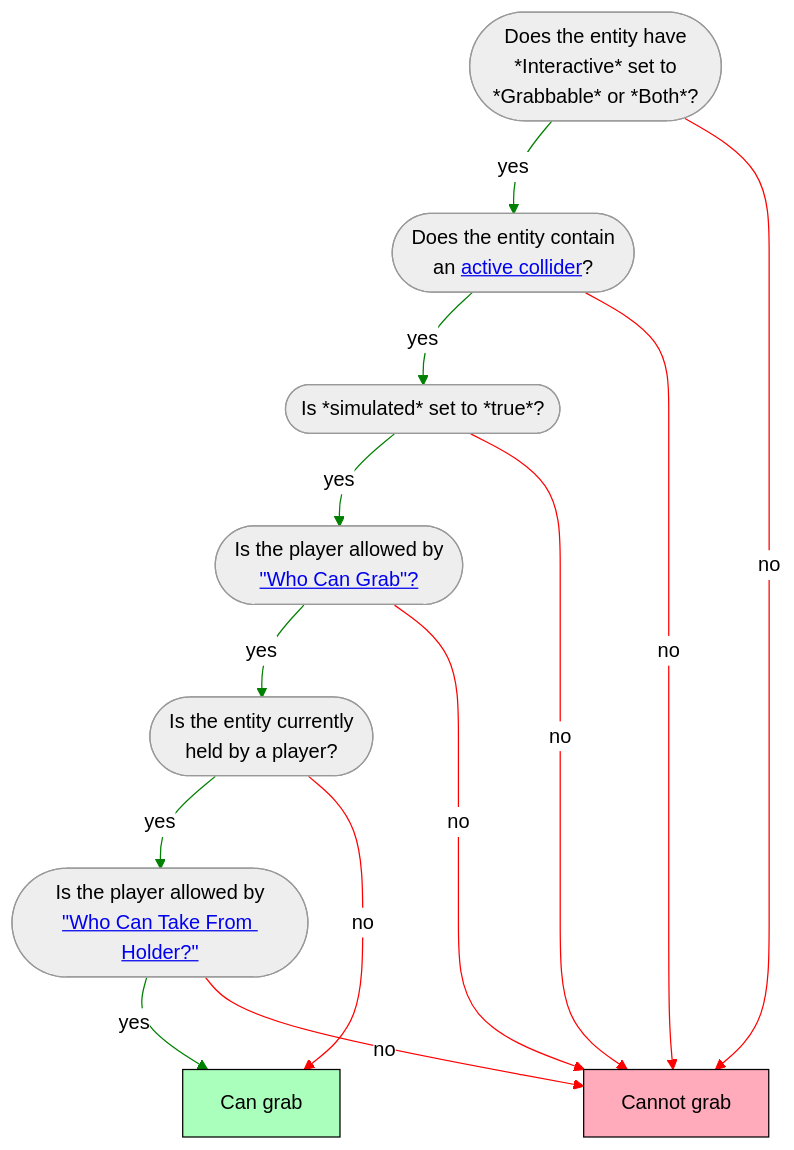
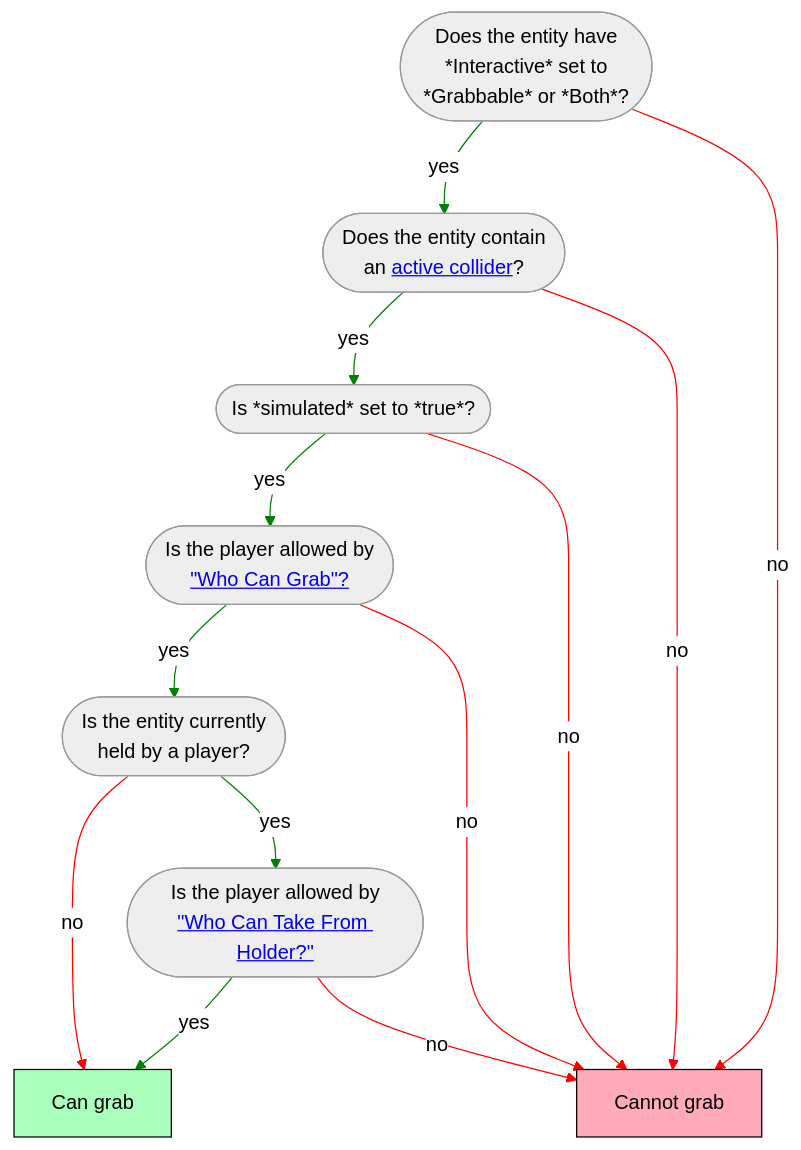
One commit to MHCPCreators/horizonCreatorManual changed the sixth of 8 diagrams in HorizonTechnicalDoc.md. Above: the diagram before and after it, drawn with Mermaid (neutral theme). The commit also changed 1 other file, not shown here.

Commit message:
Fix graph edge

````diff
--- a/HorizonTechnicalDoc.md
+++ b/HorizonTechnicalDoc.md
@@ -1884,27 +1884,28 @@
 ```mermaid
 flowchart TD
     style fail fill:#ffabbc,stroke:black;
     style success fill:#abffbc,stroke:black;
+
+    isHeld -- no --> success[Can grab]
 
     isInteractive([Does the entity have<br/>*Interactive* set to<br/> *Grabbable* or *Both*?]) -- yes --> activeCollider([Does the entity contain<br/>an <a href="#collidability">active collider</a>?])
 
     isInteractive -- no --> fail[Cannot grab]
 
     activeCollider -- yes --> simulated([Is *simulated* set to *true*?])
     activeCollider -- no --> fail
 
     simulated -- yes --> canGrab([Is the player allowed by<br/><a href="#setting-who-can-grab">&quot;Who Can Grab&quot;?</a>])
     simulated -- no --> fail
 
     canGrab -- yes --> isHeld([Is the entity currently<br/>held by a player?])
     canGrab -- no --> fail
 
     isHeld -- yes --> canTake([Is the player allowed by<br/><a href="#setting-who-can-take-from-holder">&quot;Who Can Take From Holder?&quot;</a>])
-    isHeld -- no --> success[Can grab]
 
     canTake -- yes --> success
     canTake -- no --> fail
 
-    linkStyle 0,2,4,6,8,10 stroke:green,stroke-width:1px;
-    linkStyle 1,3,5,7,9,11 stroke:red,stroke-width:1px;
+    linkStyle 1,3,5,7,9,10 stroke:green,stroke-width:1px;
+    linkStyle 0,2,4,6,8,11 stroke:red,stroke-width:1px;
 ```
````
